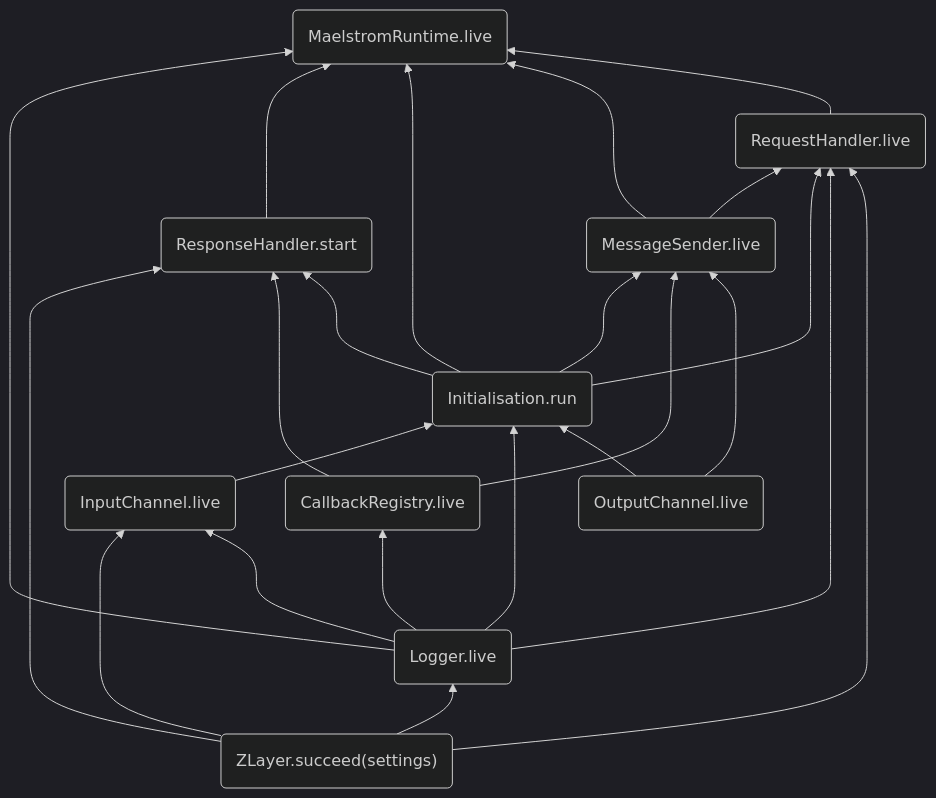
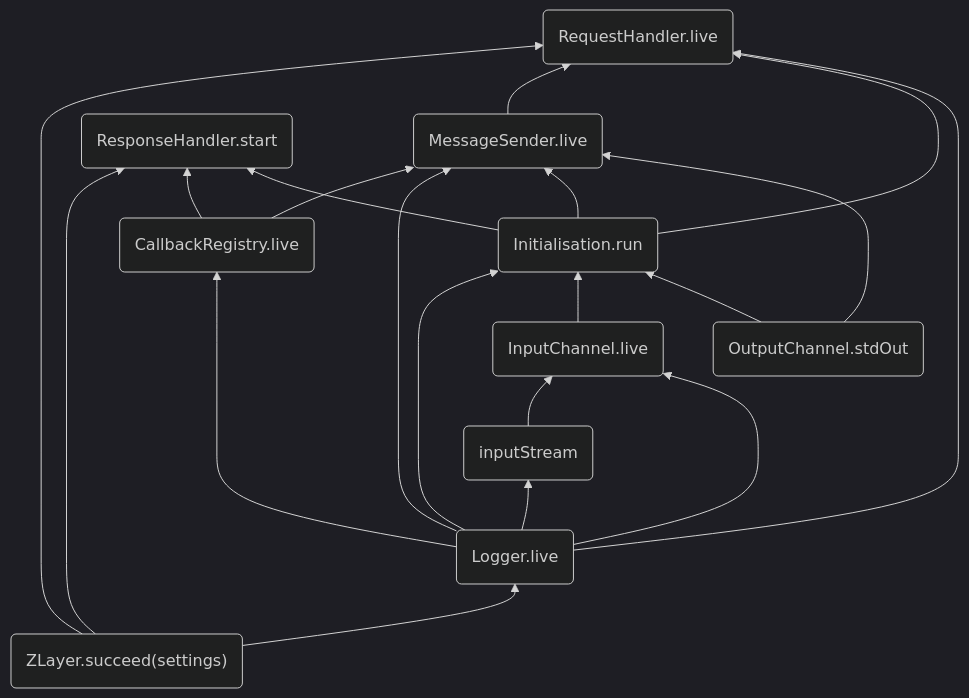
Before and after one commit to bilal-fazlani/zio-maelstrom: the diagram in docs/library-design/index.md, drawn with Mermaid (dark theme). The commit also changed other lines of this file and 3 other files, not shown here.

````diff
--- a/docs/library-design/index.md
+++ b/docs/library-design/index.md
@@ -52,36 +50,36 @@
 ```mermaid
 graph BT
-L0("ZLayer.succeed(settings)") --> L1("Logger.live")
 
-L1 --> L2("CallbackRegistry.live")
+L0("OutputChannel.stdOut")
 
-L3("OutputChannel.live")
+L7 --> L2("Logger.live")
 
-L6 --> L5("RequestHandler.live")
+L2 --> L3("inputStream")
+
+L2 --> L5("RequestHandler.live")
 L4 --> L5
-L1 --> L5
-L0 --> L5
+L6 --> L5
+L7 --> L5
 
-L4 ---> L6("MessageSender.live")
-L2 ----> L6
-L3 --> L6
+L0 --> L4("Initialisation.run")
+L8 --> L4
+L2 --> L4
 
-L8 --> L4
-L1 --> L4("Initialisation.run")
-L3 --> L4
+L0 --> L6("MessageSender.live")
+L4 --> L6
+L2 --> L6
+L9 --> L6
 
 
-L0 --> L8("InputChannel.live")
-L1 ---> L8
+L7("ZLayer.succeed(settings)")
 
-L0 --> L9("ResponseHandler.start")
-L2 --> L9
-L4 ---> L9
+L2 --> L8("InputChannel.live")
+L3 --> L8
 
+L2 --> L9("CallbackRegistry.live")
 
-L1 --> L10("MaelstromRuntime.live")
+L10("ResponseHandler.start")
+L4 --> L10
 L9 --> L10
-L4 --> L10
-L6 --> L10
-L5 --> L10
+L7 --> L10
 ```
````
